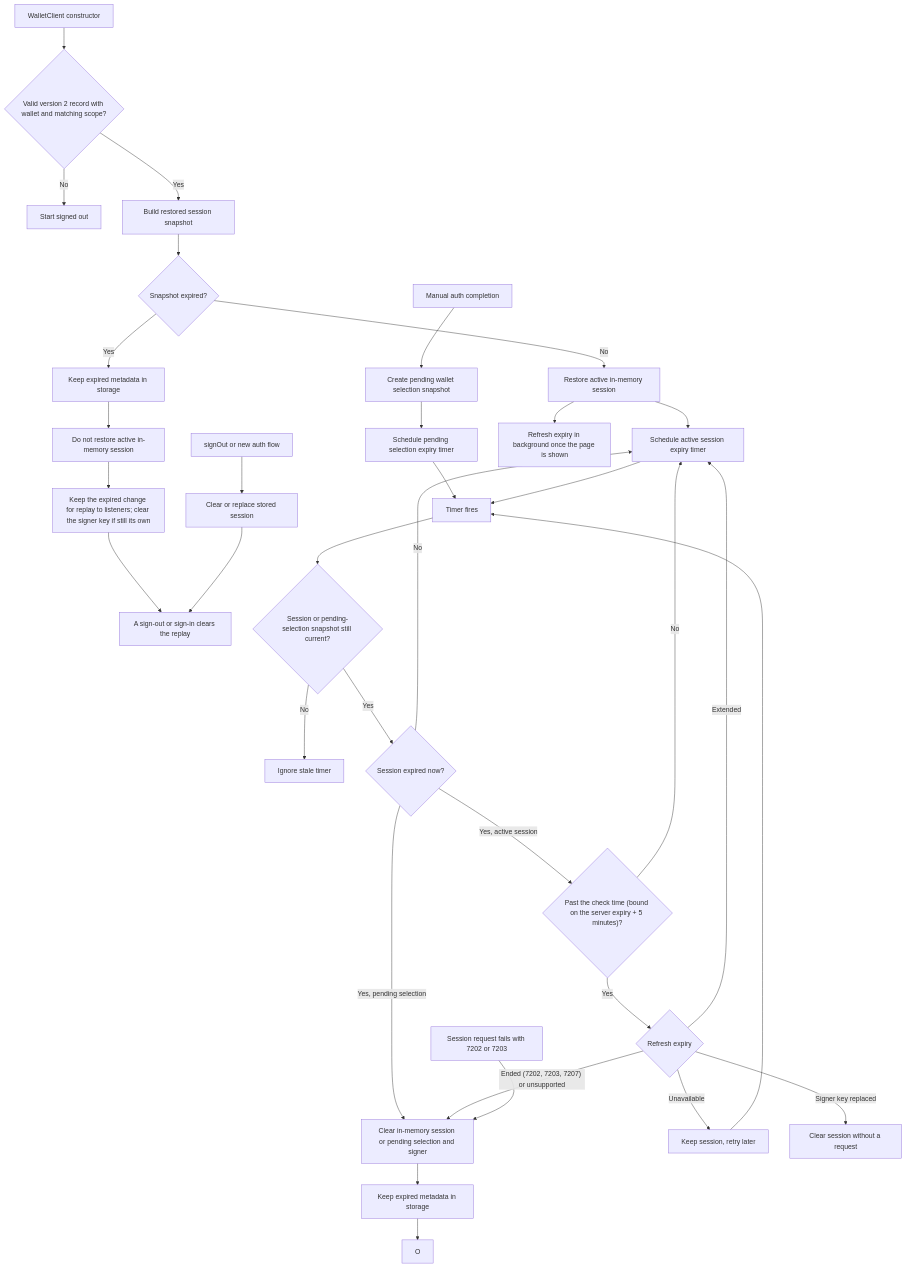
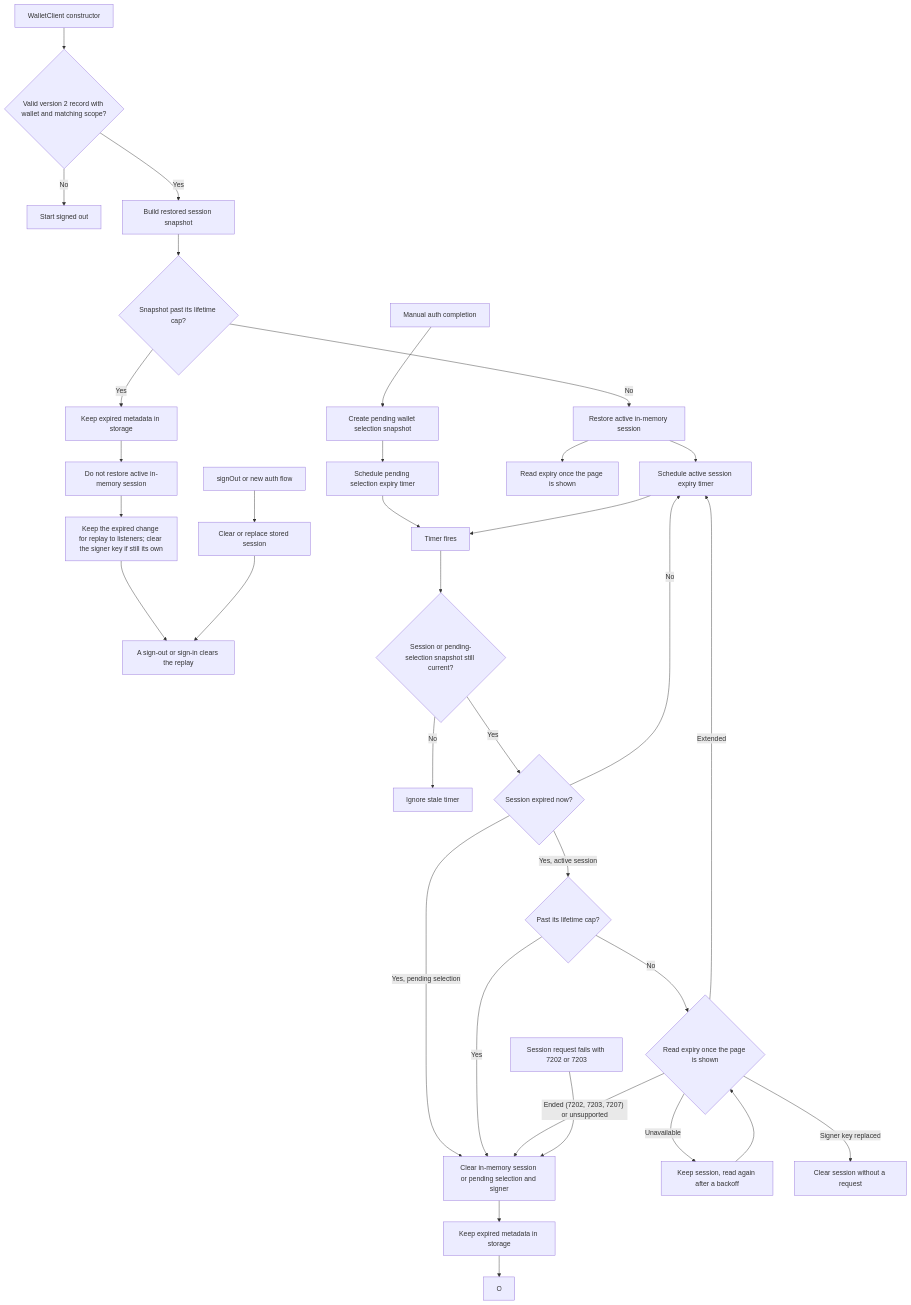
The diagram in packages/oms-wallet/docs/session-expiry-flow.md (0xPolygon/oms-wallet-typescript-sdk), drawn with Mermaid before and after one commit. The commit also changed other lines of this file and 12 other files, not shown here.

First line of the commit message:
fix(session): end a session at its lifetime cap and read the expiry when it passes

````diff
--- a/packages/oms-wallet/docs/session-expiry-flow.md
+++ b/packages/oms-wallet/docs/session-expiry-flow.md
@@ -73,43 +67,43 @@
 ```mermaid
 flowchart TD
   A["WalletClient constructor"] --> B{"Valid version 2 record with wallet and matching scope?"}
   B -- "No" --> C["Start signed out"]
 
   B -- "Yes" --> D["Build restored session snapshot"]
-  D --> E{"Snapshot expired?"}
+  D --> E{"Snapshot past its lifetime cap?"}
 
   E -- "No" --> F["Restore active in-memory session"]
   F --> G["Schedule active session expiry timer"]
 
   X["Manual auth completion"] --> Y["Create pending wallet selection snapshot"]
   Y --> Z["Schedule pending selection expiry timer"]
   Z --> P
 
   E -- "Yes" --> H["Keep expired metadata in storage"]
   H --> I["Do not restore active in-memory session"]
   I --> J["Keep the expired change for replay to listeners; clear the signer key if still its own"]
   J --> L["A sign-out or sign-in clears the replay"]
 
-  F --> FR["Refresh expiry in background once the page is shown"]
+  F --> FR["Read expiry once the page is shown"]
   G --> P["Timer fires"]
   P --> Q{"Session or pending-selection snapshot still current?"}
   Q -- "No" --> R["Ignore stale timer"]
   Q -- "Yes" --> S{"Session expired now?"}
   S -- "No" --> G
   S -- "Yes, pending selection" --> T["Clear in-memory session or pending selection and signer"]
-  S -- "Yes, active session" --> CK{"Past the check time (bound on the server expiry + 5 minutes)?"}
-  CK -- "No" --> G
-  CK -- "Yes" --> RF{"Refresh expiry"}
+  S -- "Yes, active session" --> CK{"Past its lifetime cap?"}
+  CK -- "Yes" --> T
+  CK -- "No" --> RF{"Read expiry once the page is shown"}
   RF -- "Extended" --> G
-  RF -- "Unavailable" --> RT["Keep session, retry later"]
-  RT --> P
+  RF -- "Unavailable" --> RT["Keep session, read again after a backoff"]
+  RT --> RF
   RF -- "Ended (7202, 7203, 7207) or unsupported" --> T
   RF -- "Signer key replaced" --> SC["Clear session without a request"]
   T --> U["Keep expired metadata in storage"]
   U --> O
 
   AC["Session request fails with 7202 or 7203"] --> T
 
   V["signOut or new auth flow"] --> W["Clear or replace stored session"]
   W --> L
 ```
````
